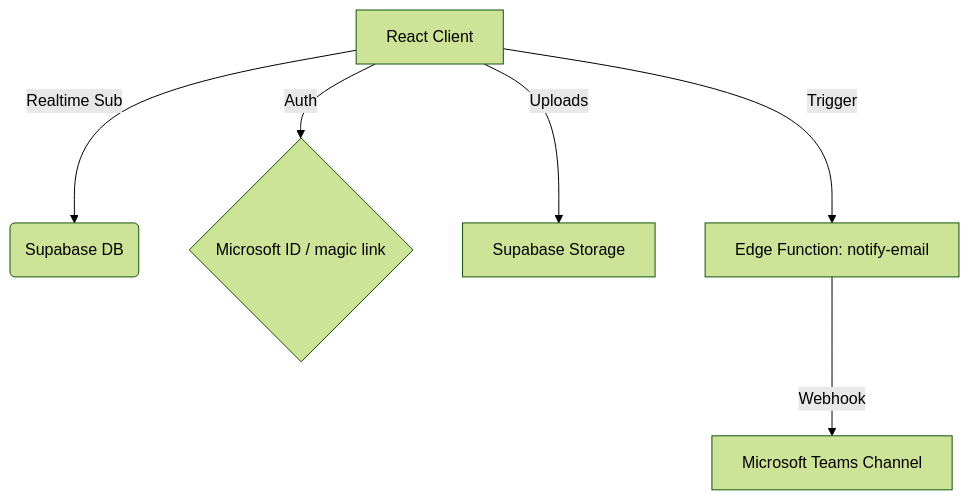
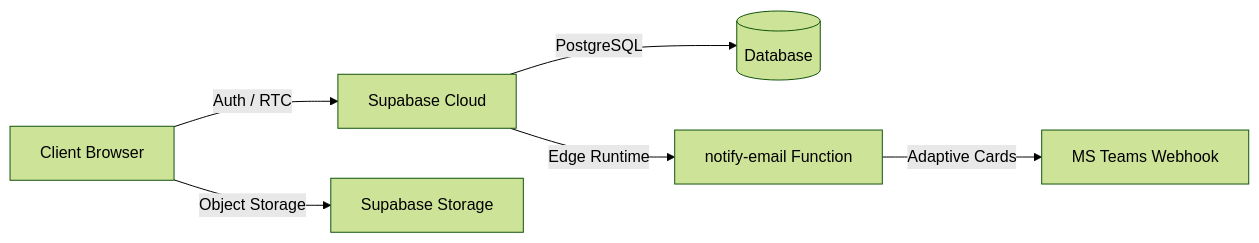
The diagram in README.md (DavidPush/sistema-tickets-push), drawn with Mermaid (forest theme) before and after one commit. The commit also changed other lines of this file, not shown here.

````diff
--- a/README.md
+++ b/README.md
@@ -33,8 +17,8 @@
 ```mermaid
-graph TD
-    A[React Client] -->|Realtime Sub| B(Supabase DB)
-    A -->|Auth| C{Microsoft ID / magic link}
-    A -->|Uploads| D[Supabase Storage]
-    A -->|Trigger| E[Edge Function: notify-email]
-    E -->|Webhook| F[Microsoft Teams Channel]
+graph LR
+    User[Client Browser] -->|Auth / RTC| SB[Supabase Cloud]
+    SB -->|PostgreSQL| DB[(Database)]
+    SB -->|Edge Runtime| EF[notify-email Function]
+    EF -->|Adaptive Cards| Teams[MS Teams Webhook]
+    User -->|Object Storage| OSS[Supabase Storage]
 ```
````
